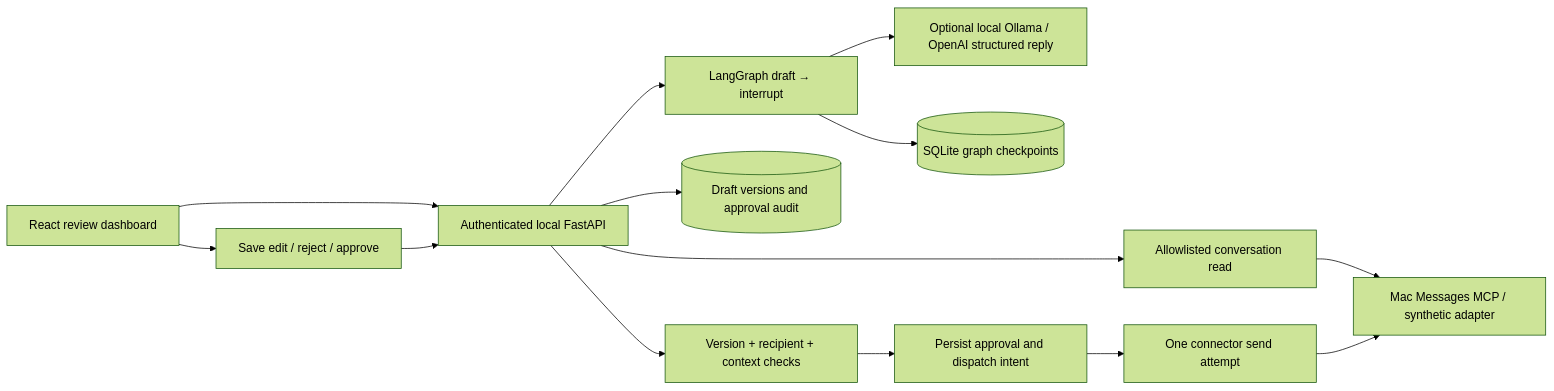
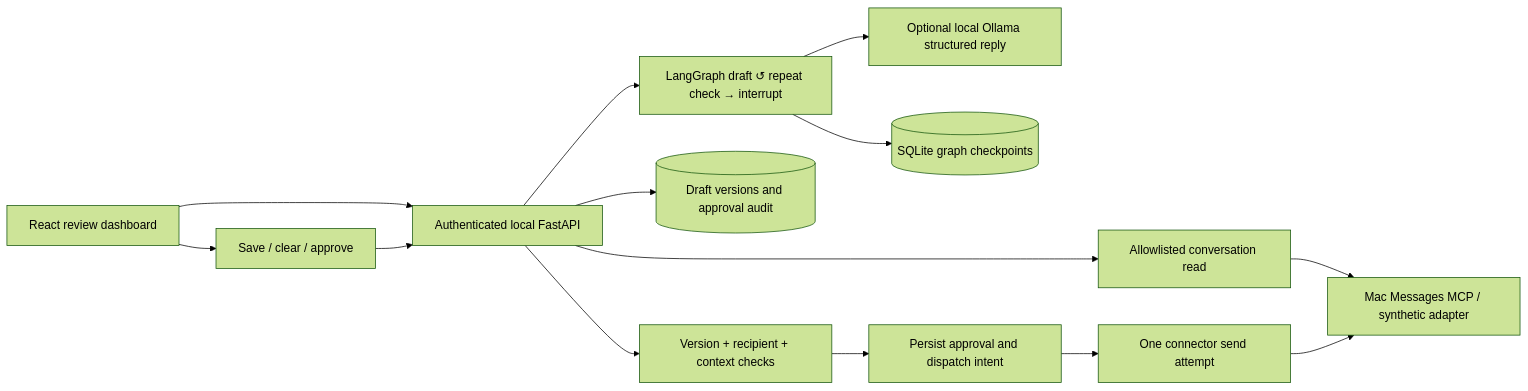
One commit to HariniAru/ghost-texter changed the diagram in docs/ARCHITECTURE.md. Above: the diagram before and after it, drawn with Mermaid (forest theme). The commit also changed other lines of this file and 142 other files, not shown here.

````diff
--- a/docs/ARCHITECTURE.md
+++ b/docs/ARCHITECTURE.md
@@ -5,16 +5,16 @@
 ```mermaid
 flowchart LR
     UI[React review dashboard] --> API[Authenticated local FastAPI]
     API --> Read[Allowlisted conversation read]
     Read --> MCP[Mac Messages MCP / synthetic adapter]
-    API --> Graph[LangGraph draft → interrupt]
-    Graph --> Model[Optional local Ollama / OpenAI structured reply]
+    API --> Graph[LangGraph draft ↺ repeat check → interrupt]
+    Graph --> Model[Optional local Ollama structured reply]
     Graph --> Checkpoint[(SQLite graph checkpoints)]
     API --> Store[(Draft versions and approval audit)]
-    UI --> Review[Save edit / reject / approve]
+    UI --> Review[Save / clear / approve]
     Review --> API
     API --> Guard[Version + recipient + context checks]
     Guard --> Intent[Persist approval and dispatch intent]
     Intent --> Send[One connector send attempt]
     Send --> MCP
 ```
````
